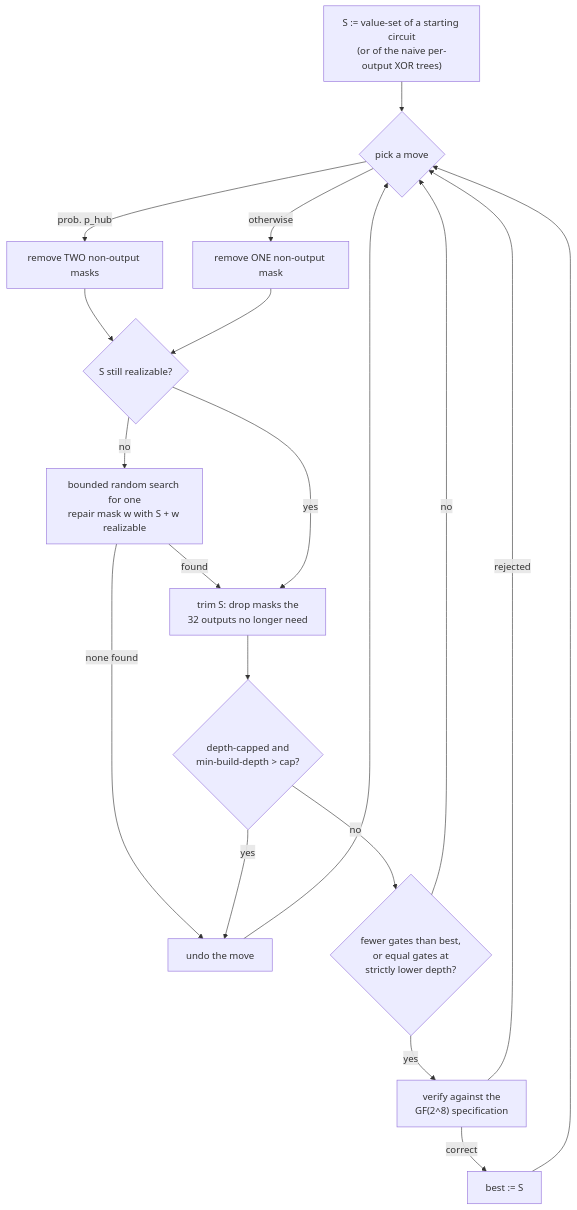
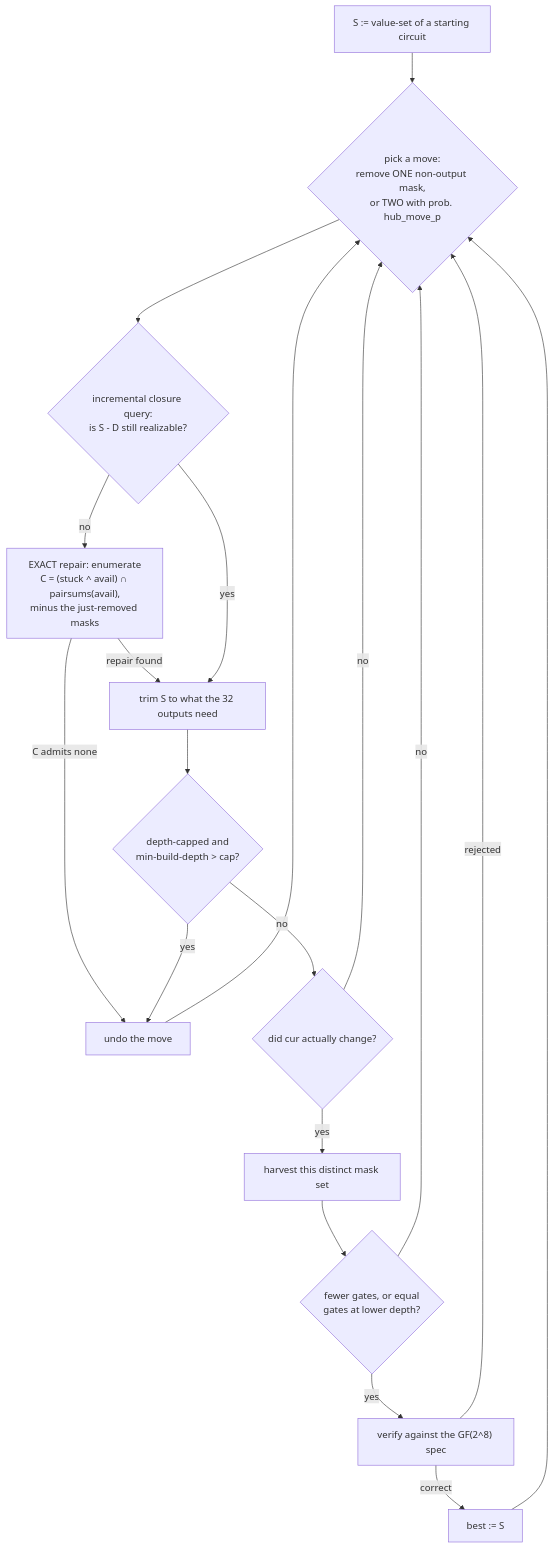
One commit to Joe-b-20/slp-plateau-search changed the first of 3 diagrams in METHODS.md. Above: the diagram before and after it, drawn with Mermaid. The commit also changed other lines of this file and 432 other files, not shown here.

First line of the commit message:
v2.0.0: absorb the campaign-87 engine rebuild — two 88-gate circuits, exact certificates, rebuilt pipeline

````diff
--- a/METHODS.md
+++ b/METHODS.md
@@ -58,21 +82,19 @@
 ```mermaid
 flowchart TD
-    A["S := value-set of a starting circuit<br/>(or of the naive per-output XOR trees)"] --> B{pick a move}
-    B -->|"prob. p_hub"| C["remove TWO non-output masks"]
-    B -->|otherwise| D["remove ONE non-output mask"]
-    C --> E{"S still realizable?"}
-    D --> E
-    E -->|no| F["bounded random search for one<br/>repair mask w with S + w realizable"]
-    F -->|none found| G["undo the move"]
-    G --> B
-    F -->|found| H
-    E -->|yes| H["trim S: drop masks the<br/>32 outputs no longer need"]
+    A["S := value-set of a starting circuit"] --> B{"pick a move:<br/>remove ONE non-output mask,<br/>or TWO with prob. hub_move_p"}
+    B --> E{"incremental closure query:<br/>is S - D still realizable?"}
+    E -->|no| F["EXACT repair: enumerate<br/>C = (stuck ^ avail) ∩ pairsums(avail),<br/>minus the just-removed masks"]
+    F -->|"C admits none"| G["undo the move"] --> B
+    F -->|"repair found"| H
+    E -->|yes| H["trim S to what the 32 outputs need"]
     H --> I{"depth-capped and<br/>min-build-depth > cap?"}
     I -->|yes| G
-    I -->|no| J{"fewer gates than best,<br/>or equal gates at<br/>strictly lower depth?"}
+    I -->|no| J{"did cur actually change?"}
     J -->|no| B
-    J -->|yes| K["verify against the<br/>GF(2^8) specification"]
-    K -->|correct| L["best := S"]
-    L --> B
-    K -->|rejected| B
+    J -->|yes| K["harvest this distinct mask set"]
+    K --> L{"fewer gates, or equal<br/>gates at lower depth?"}
+    L -->|no| B
+    L -->|yes| M["verify against the GF(2^8) spec"]
+    M -->|correct| N["best := S"] --> B
+    M -->|rejected| B
 ```
````
